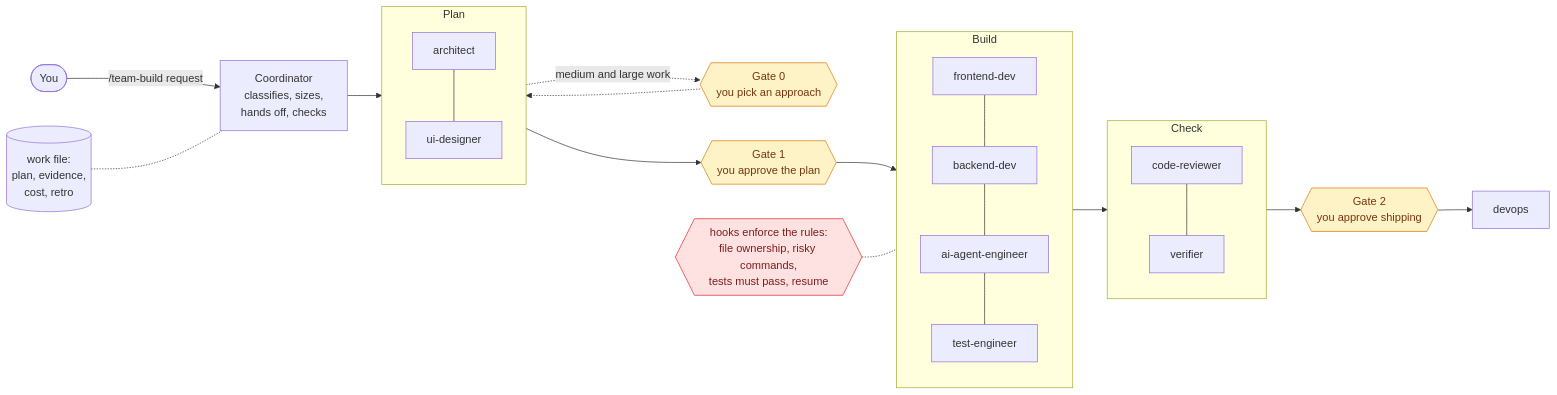
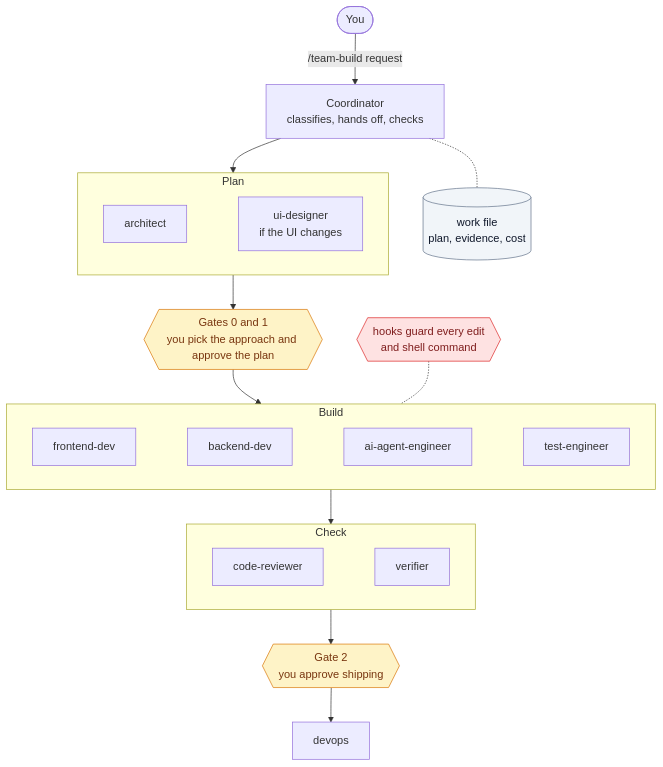
One commit to suryas91/claude-skills changed the diagram in docs/images/src/overview.mmd. Above: the diagram before and after it, drawn with Mermaid. The commit also changed 31 other files, not shown here.

```diff
--- a/docs/images/src/overview.mmd
+++ b/docs/images/src/overview.mmd
@@ -1,25 +1,28 @@
-flowchart LR
-    U([You]) -->|/team-build request| C[Coordinator<br/>classifies, sizes,<br/>hands off, checks]
+flowchart TB
+    U([You]) -->|/team-build request| C[Coordinator<br/>classifies, hands off, checks]
+    C -.- W[(work file<br/>plan, evidence, cost)]
     C --> PLAN
     subgraph PLAN [Plan]
-        A[architect] --- D[ui-designer]
+        direction LR
+        A[architect] ~~~ D[ui-designer<br/>if the UI changes]
     end
-    PLAN -. medium and large work .-> G0{{Gate 0<br/>you pick an approach}}
-    G0 -.-> PLAN
-    PLAN --> G1{{Gate 1<br/>you approve the plan}}
+    PLAN --> G1{{Gates 0 and 1<br/>you pick the approach and approve the plan}}
     G1 --> BUILD
     subgraph BUILD [Build]
-        F[frontend-dev] --- B[backend-dev] --- AI[ai-agent-engineer] --- T[test-engineer]
+        direction LR
+        F[frontend-dev] ~~~ B[backend-dev] ~~~ AI[ai-agent-engineer] ~~~ T[test-engineer]
     end
+    H{{hooks guard every edit<br/>and shell command}} -.- BUILD
     BUILD --> CHECK
     subgraph CHECK [Check]
-        R[code-reviewer] --- V[verifier]
+        direction LR
+        R[code-reviewer] ~~~ V[verifier]
     end
     CHECK --> G2{{Gate 2<br/>you approve shipping}}
     G2 --> O[devops]
-    W[(work file:<br/>plan, evidence,<br/>cost, retro)] -.- C
-    H{{hooks enforce the rules:<br/>file ownership, risky commands,<br/>tests must pass, resume}} -.- BUILD
     classDef gate fill:#fef3c7,stroke:#d97706,color:#78350f
     classDef guard fill:#fee2e2,stroke:#dc2626,color:#7f1d1d
-    class G0,G1,G2 gate
+    classDef store fill:#f1f5f9,stroke:#64748b,color:#0f172a
+    class G1,G2 gate
     class H guard
+    class W store
```
